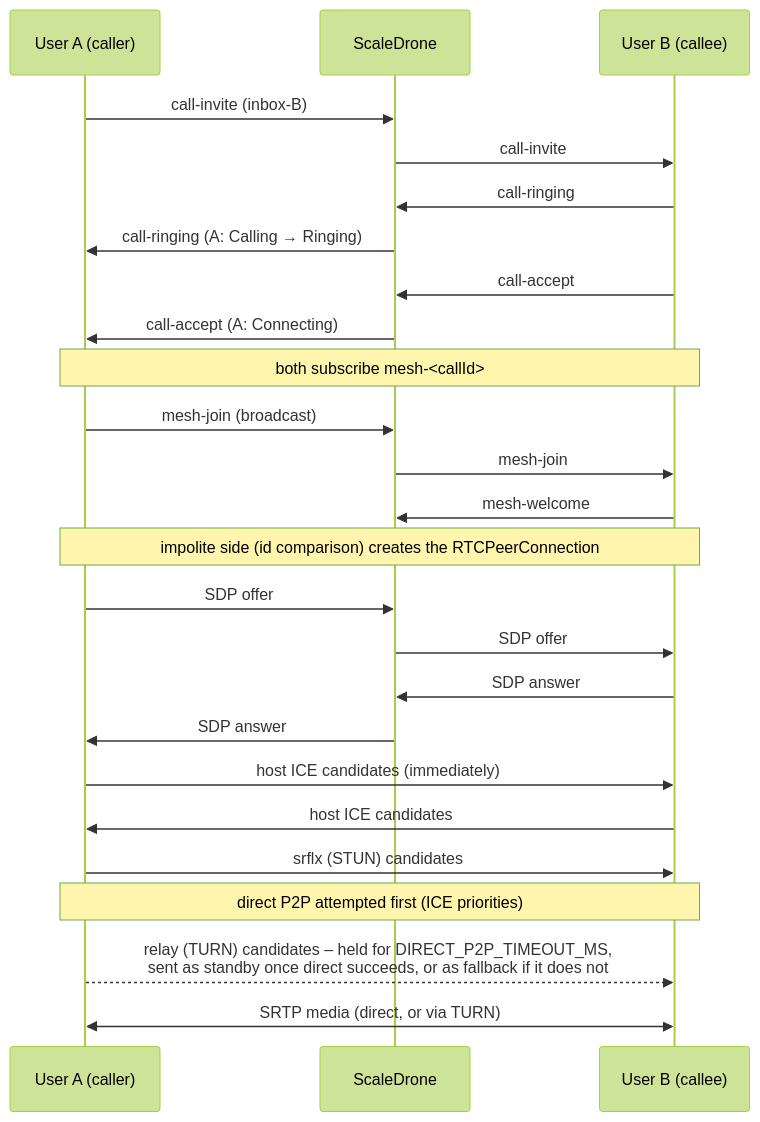
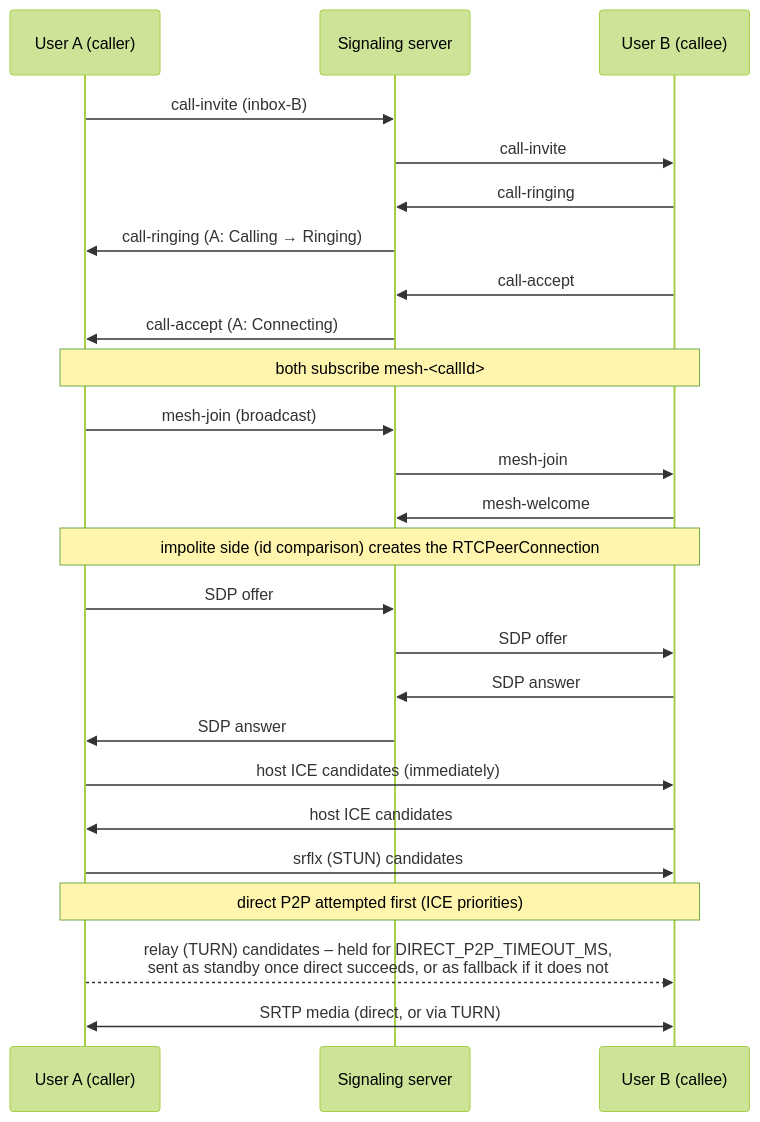
Before and after one commit to aquibahmed21/meshcall: the fourth of 6 diagrams in README.md, drawn with Mermaid (forest theme). The commit also changed other lines of this file and 15 other files, not shown here.

First line of the commit message:
Replace ScaleDrone signaling with self-hosted Socket.IO

````diff
--- a/README.md
+++ b/README.md
@@ -297,28 +308,28 @@
 ```mermaid
 sequenceDiagram
     participant A as User A (caller)
-    participant S as ScaleDrone
+    participant S as Signaling server
     participant B as User B (callee)
 
     A->>S: call-invite (inbox-B)
     S->>B: call-invite
     B->>S: call-ringing
     S->>A: call-ringing  (A: Calling → Ringing)
     B->>S: call-accept
     S->>A: call-accept   (A: Connecting)
     Note over A,B: both subscribe mesh-<callId>
     A->>S: mesh-join (broadcast)
     S->>B: mesh-join
     B->>S: mesh-welcome
     Note over A,B: impolite side (id comparison) creates the RTCPeerConnection
     A->>S: SDP offer
     S->>B: SDP offer
     B->>S: SDP answer
     S->>A: SDP answer
     A->>B: host ICE candidates (immediately)
     B->>A: host ICE candidates
     A->>B: srflx (STUN) candidates
     Note over A,B: direct P2P attempted first (ICE priorities)
     A-->>B: relay (TURN) candidates – held for DIRECT_P2P_TIMEOUT_MS,<br/>sent as standby once direct succeeds, or as fallback if it does not
     A<<->>B: SRTP media (direct, or via TURN)
 ```
````
